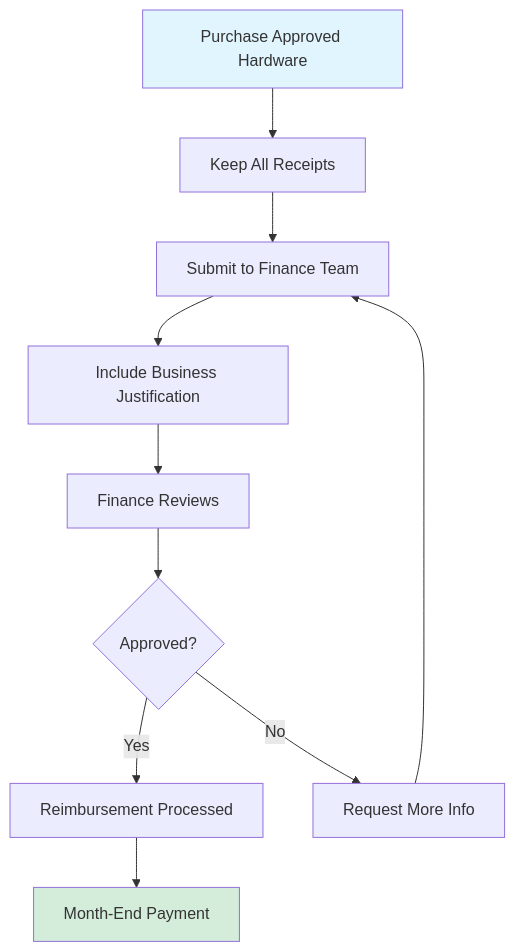
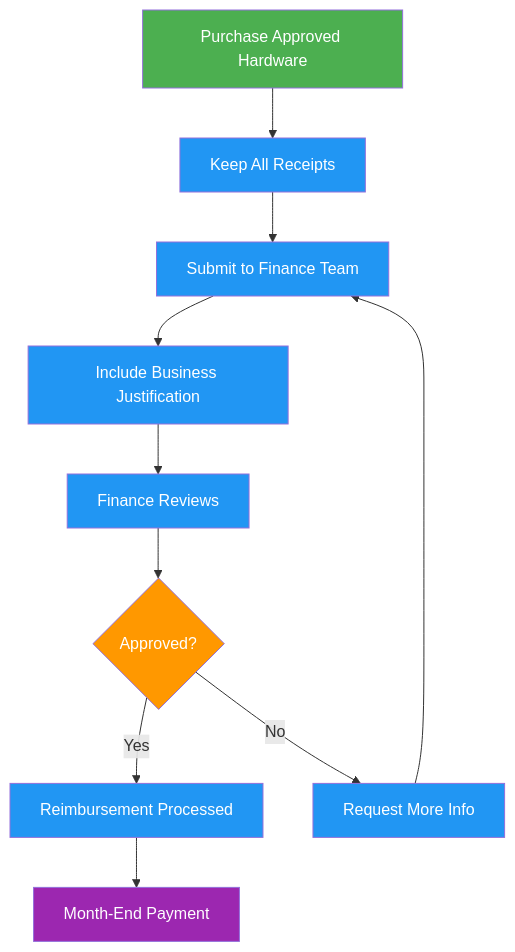
Before and after one commit to ultralytics/handbook: the fourth of 4 diagrams in docs/en/tools/hardware.md, drawn with Mermaid. The commit also changed other lines of this file and 16 other files, not shown here.

Commit message:
Standardize Mermaid diagram colors (#302)

````diff
--- a/docs/en/tools/hardware.md
+++ b/docs/en/tools/hardware.md
@@ -378,15 +381,17 @@
 ```mermaid
 graph TD
-    A[Purchase Approved Hardware] --> B[Keep All Receipts]
-    B --> C[Submit to Finance Team]
-    C --> D[Include Business Justification]
-    D --> E[Finance Reviews]
-    E --> F{Approved?}
-    F -->|Yes| G[Reimbursement Processed]
-    F -->|No| H[Request More Info]
+    A[Purchase Approved Hardware]:::start --> B[Keep All Receipts]:::proc
+    B --> C[Submit to Finance Team]:::proc
+    C --> D[Include Business Justification]:::proc
+    D --> E[Finance Reviews]:::proc
+    E --> F{Approved?}:::decide
+    F -->|Yes| G[Reimbursement Processed]:::proc
+    F -->|No| H[Request More Info]:::proc
     H --> C
-    G --> I[Month-End Payment]
+    G --> I[Month-End Payment]:::out
 
-    style A fill:#e1f5ff
-    style I fill:#d4edda
+    classDef start fill:#4CAF50,color:#fff
+    classDef proc fill:#2196F3,color:#fff
+    classDef decide fill:#FF9800,color:#fff
+    classDef out fill:#9C27B0,color:#fff
 ```
````
